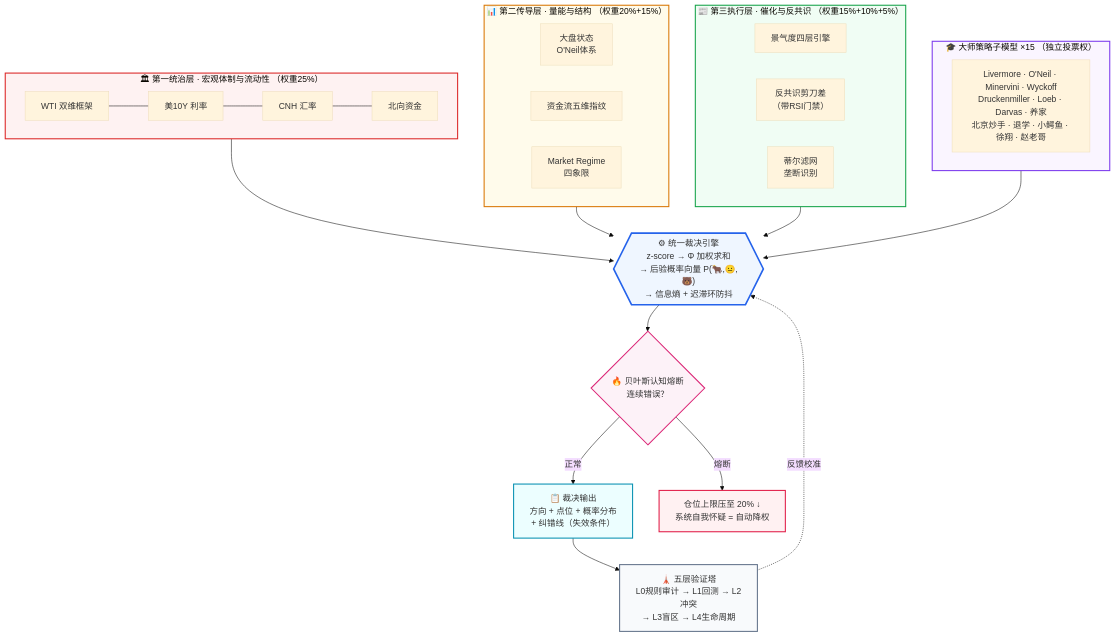
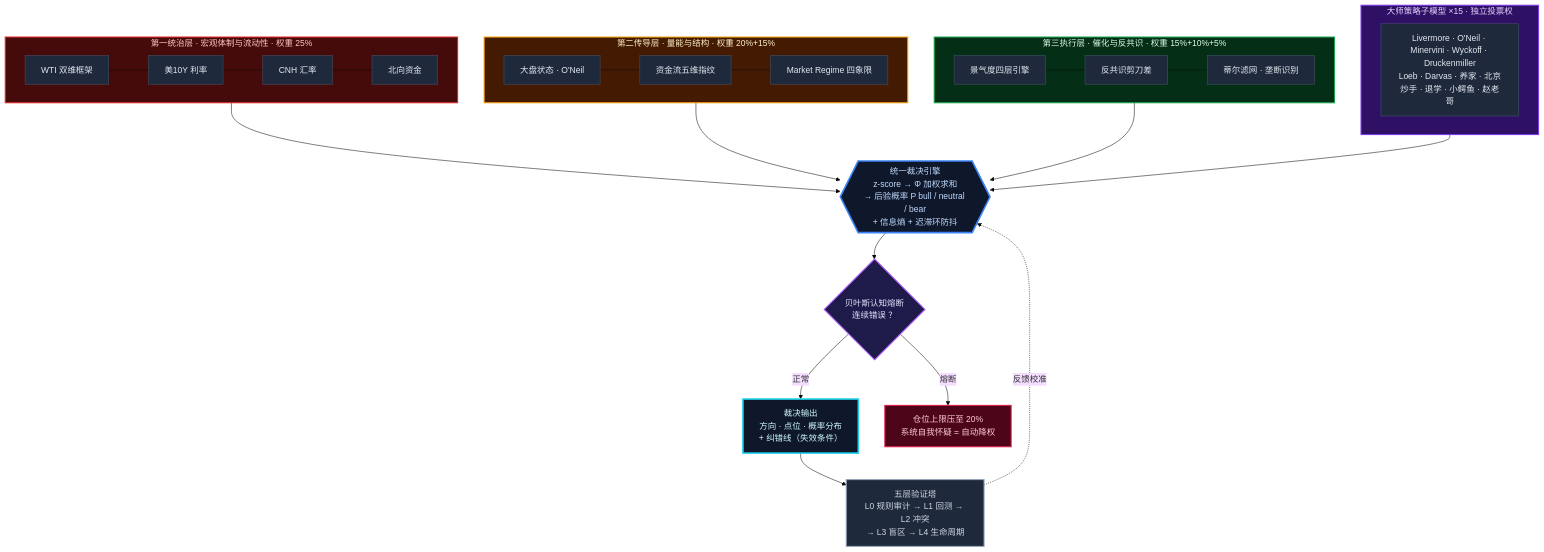
One commit to ZHENchenghao/tianyan-stock-multiagent changed the second of 3 diagrams in README.md. Above: the diagram before and after it, drawn with Mermaid (base theme). The commit also changed other lines of this file, not shown here.

Commit message:
三图统一暗色高对比主题

````diff
--- a/README.md
+++ b/README.md
@@ -46,53 +46,49 @@
 ```mermaid
 graph TB
-    subgraph TIER1["🏛 第一统治层 · 宏观体制与流动性 （权重25%）"]
+    subgraph TIER1["第一统治层  ·  宏观体制与流动性  ·  权重 25%"]
         direction LR
-        M1["WTI 双维框架"] --- M2["美10Y 利率"]
-        M2 --- M3["CNH 汇率"]
-        M3 --- M4["北向资金"]
+        M1["WTI 双维框架"]:::n --- M2["美10Y 利率"]:::n --- M3["CNH 汇率"]:::n --- M4["北向资金"]:::n
     end
 
-    subgraph TIER2["📊 第二传导层 · 量能与结构 （权重20%+15%）"]
+    subgraph TIER2["第二传导层  ·  量能与结构  ·  权重 20%+15%"]
         direction LR
-        T2A["大盘状态<br/>O'Neil体系"]
-        T2B["资金流五维指纹"]
-        T2C["Market Regime<br/>四象限"]
+        T2A["大盘状态 · O'Neil"]:::n --- T2B["资金流五维指纹"]:::n --- T2C["Market Regime 四象限"]:::n
     end
 
-    subgraph TIER3["📰 第三执行层 · 催化与反共识 （权重15%+10%+5%）"]
+    subgraph TIER3["第三执行层  ·  催化与反共识  ·  权重 15%+10%+5%"]
         direction LR
-        T3A["景气度四层引擎"]
-        T3B["反共识剪刀差<br/>（带RSI门禁）"]
-        T3C["蒂尔滤网<br/>垄断识别"]
+        T3A["景气度四层引擎"]:::n --- T3B["反共识剪刀差"]:::n --- T3C["蒂尔滤网 · 垄断识别"]:::n
     end
 
-    subgraph MASTERS["🎓 大师策略子模型 ×15 （独立投票权）"]
+    subgraph MASTERS["大师策略子模型  ×15  ·  独立投票权"]
         direction LR
-        S["Livermore · O'Neil · Minervini · Wyckoff<br/>Druckenmiller · Loeb · Darvas · 养家<br/>北京炒手 · 退学 · 小鳄鱼 · 徐翔 · 赵老哥"]
+        S["Livermore · O'Neil · Minervini · Wyckoff · Druckenmiller<br/>Loeb · Darvas · 养家 · 北京炒手 · 退学 · 小鳄鱼 · 赵老哥"]:::n
     end
 
     TIER1 --> ENGINE
     TIER2 --> ENGINE
     TIER3 --> ENGINE
     MASTERS --> ENGINE
 
-    ENGINE{{"⚙ 统一裁决引擎<br/>z-score → Φ 加权求和<br/>→ 后验概率向量 P(🐂,😐,🐻)<br/>→ 信息熵 + 迟滞环防抖"}}
+    ENGINE{{"统一裁决引擎<br/>z-score → Φ 加权求和<br/>→ 后验概率 P bull / neutral / bear<br/>+ 信息熵 + 迟滞环防抖"}}:::core
 
-    ENGINE --> FUSE{"🔥 贝叶斯认知熔断<br/>连续错误？"}
+    ENGINE --> FUSE{"贝叶斯认知熔断<br/>连续错误 ？"}:::fuse
     FUSE -->|"正常"| OUTPUT
-    FUSE -->|"熔断"| CAP["仓位上限压至 20% ↓<br/>系统自我怀疑 = 自动降权"]
+    FUSE -->|"熔断"| CAP["仓位上限压至 20%<br/>系统自我怀疑 = 自动降权"]:::cap
 
-    OUTPUT["📋 裁决输出<br/>方向 + 点位 + 概率分布<br/>+ 纠错线（失效条件）"]
-    OUTPUT --> TOWER["🗼 五层验证塔<br/>L0规则审计 → L1回测 → L2冲突<br/>→ L3盲区 → L4生命周期"]
+    OUTPUT["裁决输出<br/>方向 · 点位 · 概率分布<br/>+ 纠错线（失效条件）"]:::out
+    OUTPUT --> TOWER["五层验证塔<br/>L0 规则审计 → L1 回测 → L2 冲突<br/>→ L3 盲区 → L4 生命周期"]:::tower
     TOWER -.->|"反馈校准"| ENGINE
 
-    style TIER1 fill:#fef2f2,stroke:#dc2626,stroke-width:2px
-    style TIER2 fill:#fffbeb,stroke:#d97706,stroke-width:2px
-    style TIER3 fill:#f0fdf4,stroke:#16a34a,stroke-width:2px
-    style MASTERS fill:#faf5ff,stroke:#7c3aed,stroke-width:2px
-    style ENGINE fill:#eff6ff,stroke:#2563eb,stroke-width:3px
-    style FUSE fill:#fdf2f8,stroke:#db2777,stroke-width:2px
-    style OUTPUT fill:#ecfeff,stroke:#0891b2,stroke-width:2px
-    style CAP fill:#fff1f2,stroke:#e11d48,stroke-width:2px
-    style TOWER fill:#f8fafc,stroke:#64748b,stroke-width:2px
+    classDef n fill:#1e293b,stroke:#475569,color:#e2e8f0,stroke-width:1px
+    classDef core fill:#0f172a,stroke:#3b82f6,color:#bfdbfe,stroke-width:3px
+    classDef fuse fill:#1e1b4b,stroke:#a855f7,color:#e0e7ff,stroke-width:2px
+    classDef cap fill:#4c0519,stroke:#e11d48,color:#fecdd3,stroke-width:2px
+    classDef out fill:#0f172a,stroke:#22d3ee,color:#cffafe,stroke-width:3px
+    classDef tower fill:#1e293b,stroke:#94a3b8,color:#cbd5e1,stroke-width:2px
+
+    style TIER1 fill:#450a0a,stroke:#dc2626,color:#fecaca,stroke-width:2px
+    style TIER2 fill:#451a03,stroke:#f59e0b,color:#fef3c7,stroke-width:2px
+    style TIER3 fill:#052e16,stroke:#16a34a,color:#dcfce7,stroke-width:2px
+    style MASTERS fill:#2e1065,stroke:#7c3aed,color:#e9d5ff,stroke-width:2px
 ```
````
